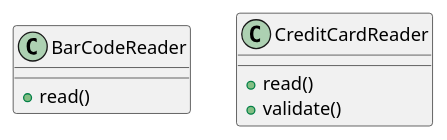
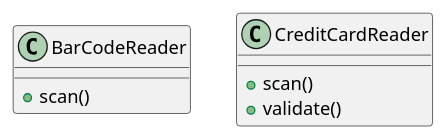
The third of 22 diagrams in Deliverables/DesignDocument.md (Stormz4/group20-EzShop), drawn with PlantUML before and after one commit. The commit also changed other lines of this file, not shown here.

Commit message:
Doc: Added first version of seq diagram UCs2,8,10; Added fields in matrix

````diff
--- a/Deliverables/DesignDocument.md
+++ b/Deliverables/DesignDocument.md
@@ -257,14 +259,14 @@
 ```plantuml
 @startuml
 
 class BarCodeReader {
-   +read()
+   +scan()
 }
 
 class CreditCardReader {
-   +read()
+   +scan()
    +validate()
 }
 
 @enduml
 ```
````
